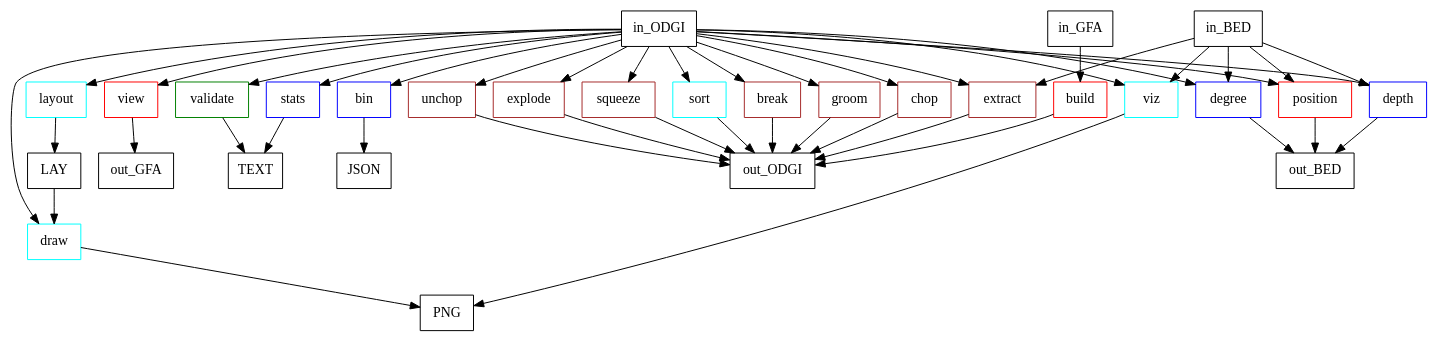
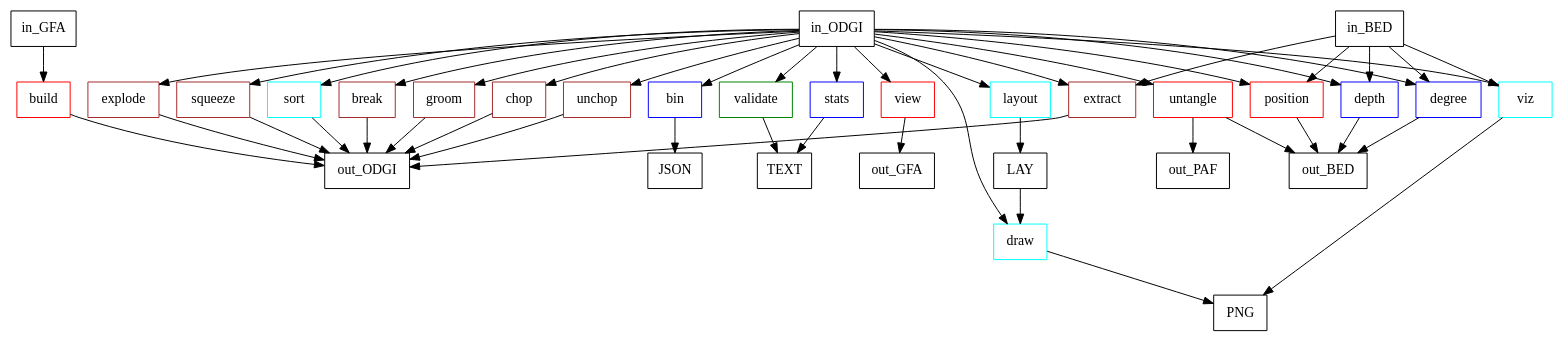
Before and after one commit to pangenome/odgi-paper: the diagram in manuscript/fig/odgi_tools.dot, drawn with Graphviz. The commit also changed 3 other files, not shown here.

Commit message:
integrate odgi tools figure

```diff
--- a/manuscript/fig/odgi_tools.dot
+++ b/manuscript/fig/odgi_tools.dot
@@ -1,57 +1,60 @@
 digraph sample {
 	node [
 		shape=box
 		color=black
 	]
 
 	build [color = red]
 	view [color = red]
 
 	validate [color = green]
 
 	stats [color = blue]
 	bin [color = blue]
 	depth [color = blue]
 	degree [color = blue]
 
 	break [color = brown]
 	groom [color = brown]
 	chop [color = brown]
 	unchop [color = brown]
 	explode [color = brown]
 	squeeze [color = brown]
 	extract [color = brown]
 
 	position [color = red]
+    untangle [color = red]
 
 	viz [color = cyan]
 	sort [color = cyan]
 	layout [color = cyan]
 	draw [color = cyan]
 
 	in_GFA -> build
-	in_ODGI -> {view, validate, stats, bin, depth, degree, break, groom, chop, unchop, explode, squeeze, extract, position, viz, sort, layout, draw}
+	in_ODGI -> {view, validate, stats, bin, depth, degree, break, groom, chop, unchop, explode, squeeze, extract, position, viz, sort, layout, draw, untangle}
 	in_BED -> {depth, degree, extract, position, viz}
 	LAY -> {draw}
 
 	build -> out_ODGI
 	view ->  out_GFA
 	validate -> TEXT
 	stats -> TEXT
 	bin -> JSON
 	depth -> out_BED
 	degree -> out_BED
 	break -> out_ODGI
 	groom -> out_ODGI
 	chop -> out_ODGI
 	unchop -> out_ODGI
 	explode -> out_ODGI
 	squeeze -> out_ODGI
 	extract -> out_ODGI
 	position -> out_BED
 	viz -> PNG
 	sort -> out_ODGI
 	layout -> LAY
 	draw -> PNG
+    untangle -> out_BED
+    untangle -> out_PAF
 
 }
```
